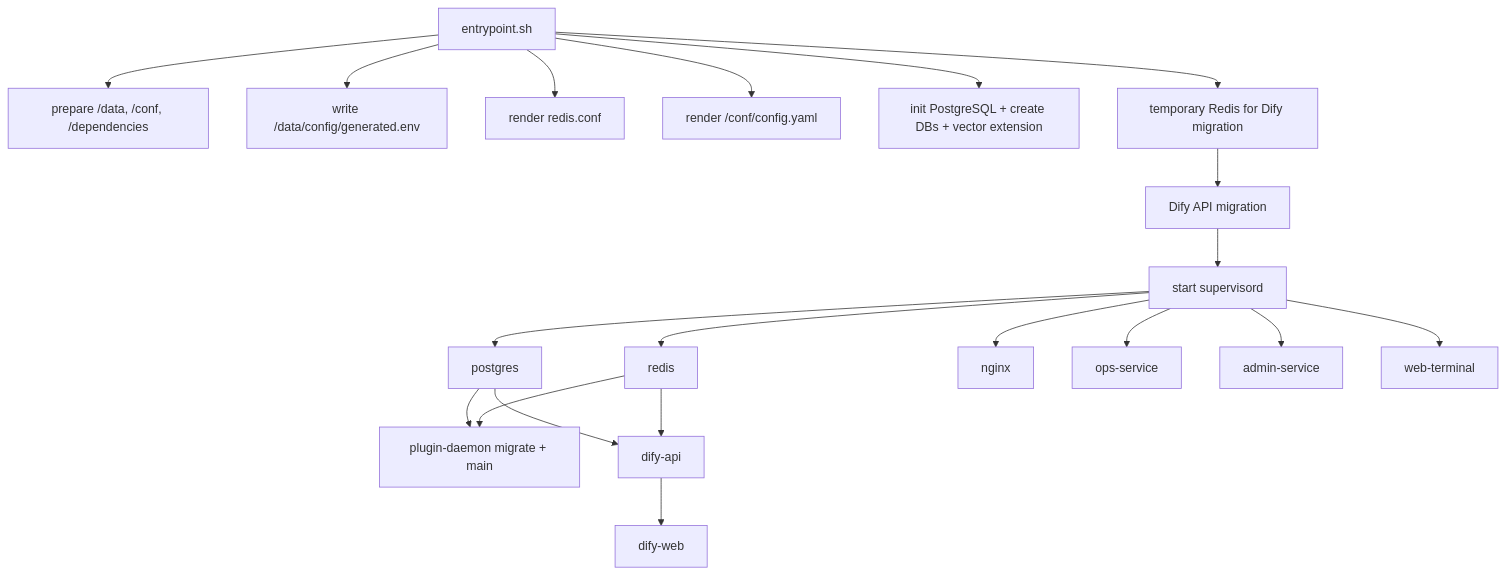
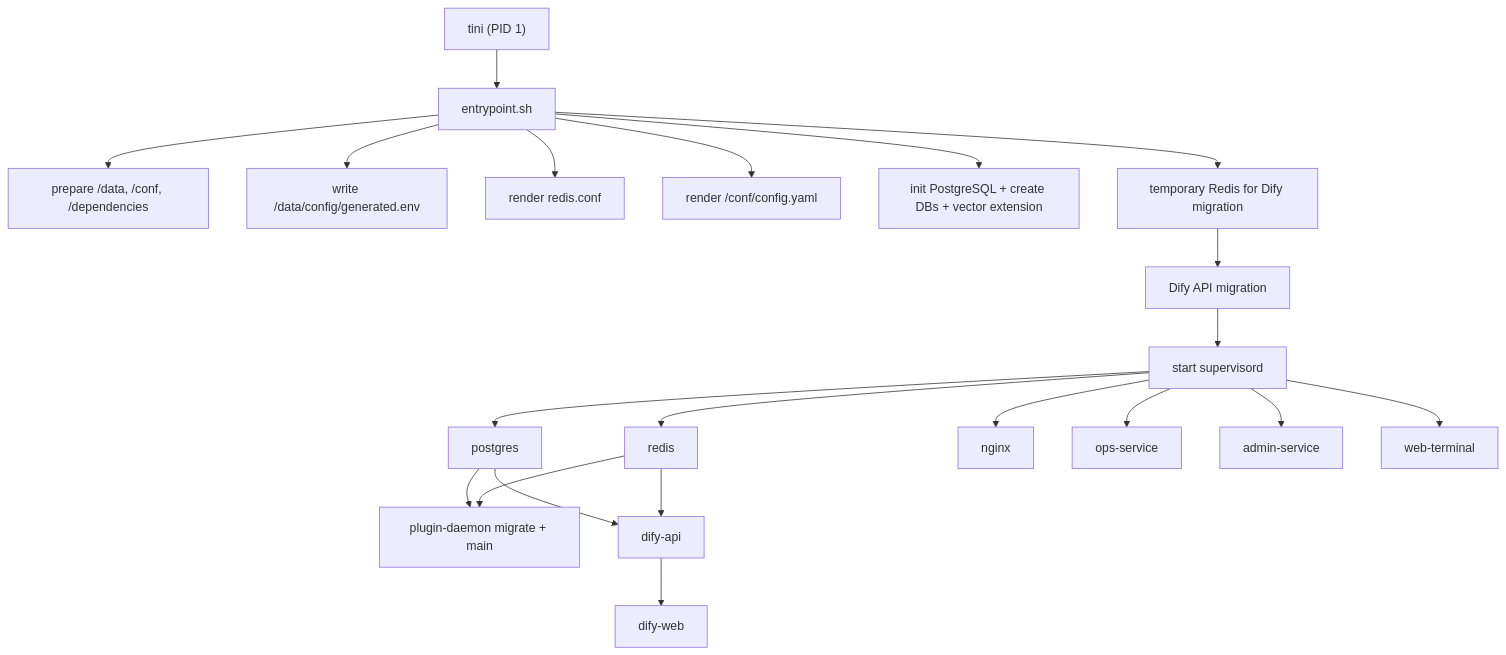
Before and after one commit to BlueSkyXN/Dify-all-in-one-HFS: the third of 3 diagrams in docs/architecture.md, drawn with Mermaid. The commit also changed other lines of this file, not shown here.

First line of the commit message:
docs: expand architecture and runtime details

````diff
--- a/docs/architecture.md
+++ b/docs/architecture.md
@@ -114,22 +125,23 @@
 ```mermaid
 flowchart TD
-    entry["entrypoint.sh"] --> dirs["prepare /data, /conf, /dependencies"]
+    tini["tini (PID 1)"] --> entry["entrypoint.sh"]
+    entry --> dirs["prepare /data, /conf, /dependencies"]
     entry --> secrets["write /data/config/generated.env"]
     entry --> redis_conf["render redis.conf"]
     entry --> sandbox_conf["render /conf/config.yaml"]
     entry --> pg_init["init PostgreSQL + create DBs + vector extension"]
     entry --> temp_redis["temporary Redis for Dify migration"]
     temp_redis --> dify_migrate["Dify API migration"]
     dify_migrate --> supervisor["start supervisord"]
     supervisor --> postgres["postgres"]
     supervisor --> redis["redis"]
     postgres --> plugin["plugin-daemon migrate + main"]
     redis --> plugin
     postgres --> api["dify-api"]
     redis --> api
     api --> web["dify-web"]
     supervisor --> nginx["nginx"]
     supervisor --> ops["ops-service"]
     supervisor --> admin["admin-service"]
     supervisor --> terminal["web-terminal"]
 ```
````
